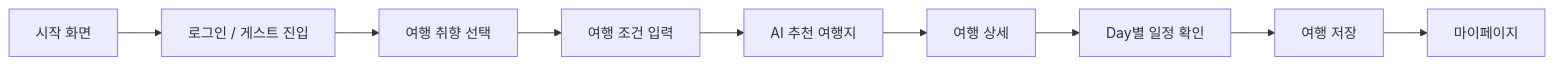
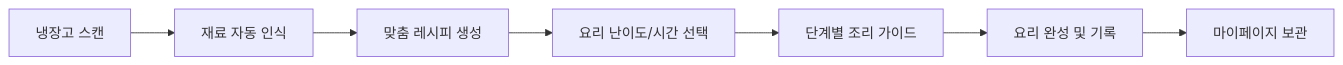
Before and after one commit to kny45112003-hue/dishly-ai-recipe: the first of 4 diagrams in README.md, drawn with Mermaid. The commit also changed other lines of this file, not shown here.

````diff
--- a/README.md
+++ b/README.md
@@ -50,11 +49,10 @@
 ```mermaid
 flowchart LR
-    A[시작 화면] --> B[로그인 / 게스트 진입]
-    B --> C[여행 취향 선택]
-    C --> D[여행 조건 입력]
-    D --> E[AI 추천 여행지]
-    E --> F[여행 상세]
-    F --> G[Day별 일정 확인]
-    G --> H[여행 저장]
-    H --> I[마이페이지]
+    A[냉장고 스캔] --> B[재료 자동 인식]
+    B --> C[맞춤 레시피 생성]
+    C --> D[요리 난이도/시간 선택]
+    D --> E[단계별 조리 가이드]
+    E --> F[요리 완성 및 기록]
+    F --> G[마이페이지 보관]
+
 ```
````
